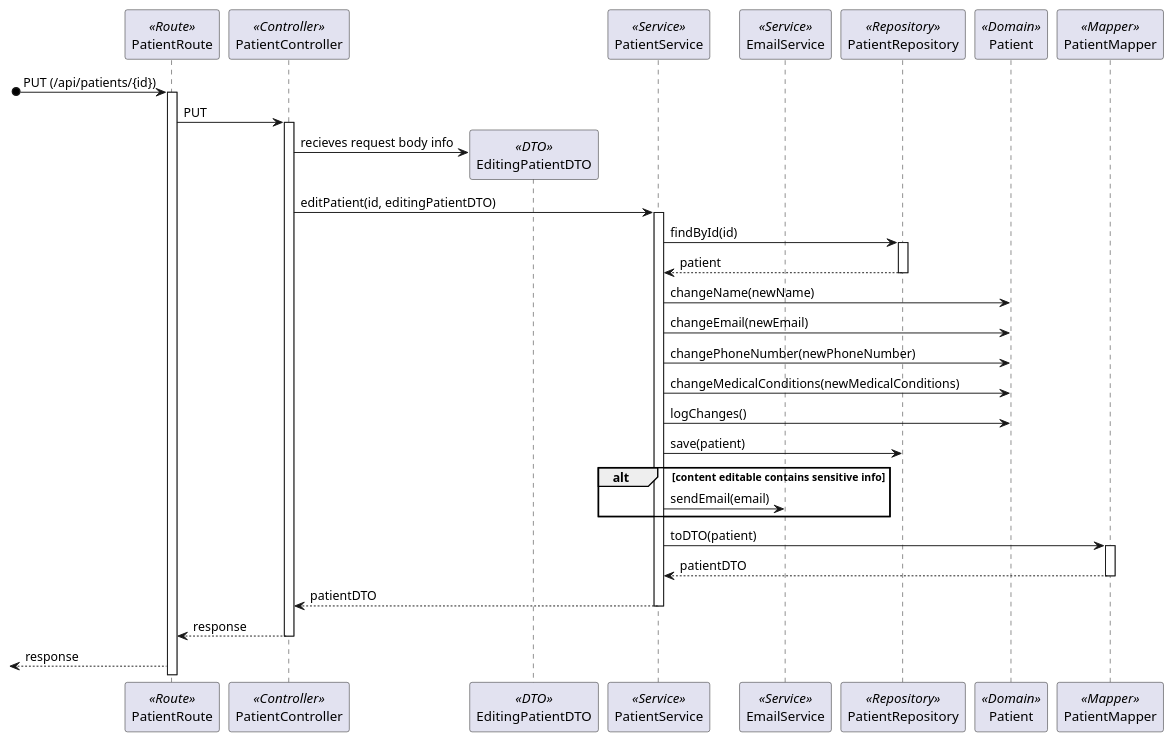
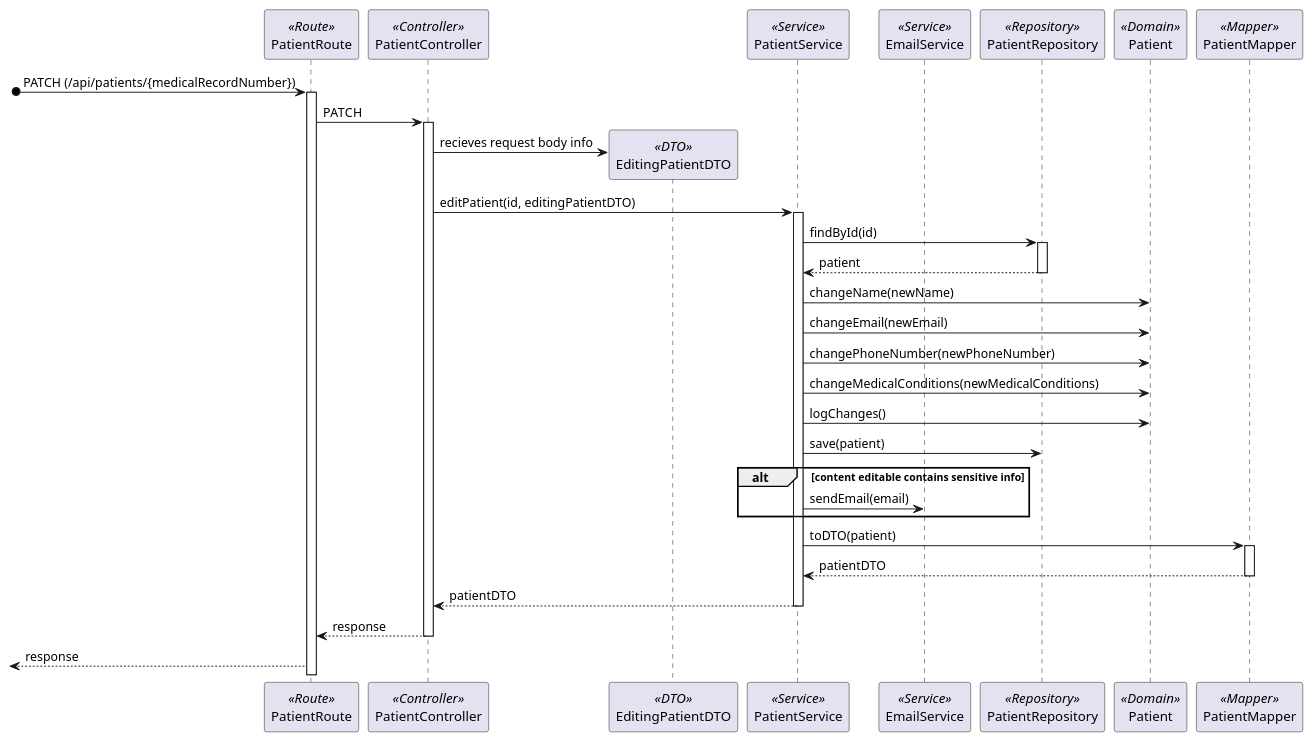
One commit to Rodrick0209/ISEP-SEM5PI-24-25 changed the diagram in docs/Sprint_1/US_5.1.9/L3/Process_View.puml. Above: the diagram before and after it, drawn with PlantUML. The commit also changed 3 other files, not shown here.

```diff
--- a/docs/Sprint_1/US_5.1.9/L3/Process_View.puml
+++ b/docs/Sprint_1/US_5.1.9/L3/Process_View.puml
@@ -2,38 +2,38 @@
 @startuml Process_View
 participant PatientRoute as Route <<Route>>
 participant PatientController as Controller <<Controller>>
 participant EditingPatientDTO as DTO <<DTO>>
 participant PatientService as Service <<Service>>
 participant EmailService as EmailService <<Service>>
 participant PatientRepository as Repository <<Repository>>
 participant Patient as Domain <<Domain>>
 participant PatientMapper as Mapper <<Mapper>>
-[o-> Route: PUT (/api/patients/{id})
+[o-> Route: PATCH (/api/patients/{medicalRecordNumber})
 activate Route
-Route -> Controller : PUT
+Route -> Controller : PATCH
 activate Controller
 Controller -> DTO** : recieves request body info
 Controller -> Service : editPatient(id, editingPatientDTO)
 activate Service
 Service -> Repository : findById(id)
 activate Repository
 return patient
 Service -> Domain : changeName(newName)
 Service -> Domain : changeEmail(newEmail)
 Service -> Domain : changePhoneNumber(newPhoneNumber)
 Service -> Domain : changeMedicalConditions(newMedicalConditions)
 Service -> Domain : logChanges()
 Service -> Repository : save(patient)
 alt content editable contains sensitive info
     Service -> EmailService : sendEmail(email)
 end
 Service -> Mapper : toDTO(patient)
 activate Mapper
 return patientDTO
 Service --> Controller : patientDTO
 deactivate Service
 Controller --> Route : response
 deactivate Controller
 <-- Route : response
 
 @enduml
```
